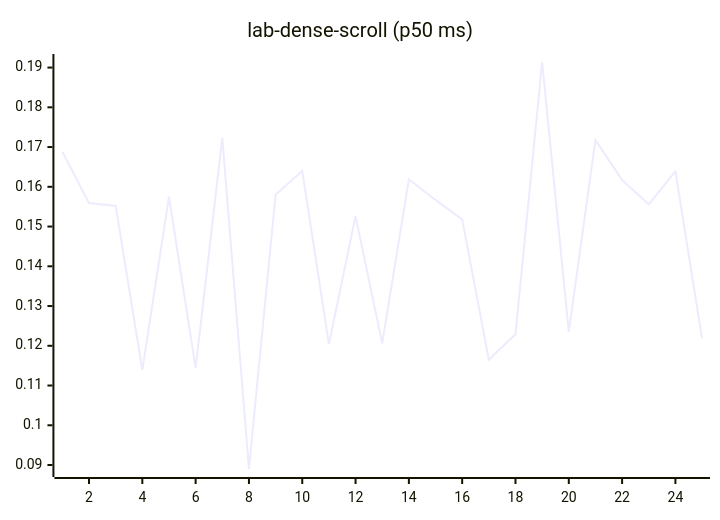
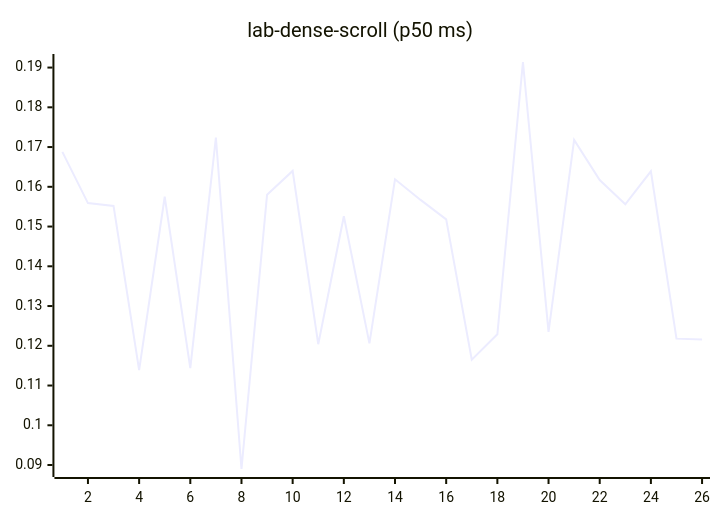
Diagram 12 of 27 in README.md (josha/Facet), drawn with Mermaid before and after one commit. The commit also changed other lines of this file and 2 other files, not shown here.

````diff
--- a/README.md
+++ b/README.md
@@ -140,6 +140,6 @@
 ```mermaid
 xychart-beta
     title "lab-dense-scroll (p50 ms)"
-    x-axis 1 --> 25
-    line [0.1688, 0.1559, 0.1552, 0.1139, 0.1575, 0.1144, 0.1724, 0.0890, 0.1580, 0.1640, 0.1204, 0.1526, 0.1206, 0.1619, 0.1567, 0.1518, 0.1165, 0.1229, 0.1914, 0.1235, 0.1718, 0.1617, 0.1556, 0.1639, 0.1218]
+    x-axis 1 --> 26
+    line [0.1688, 0.1559, 0.1552, 0.1139, 0.1575, 0.1144, 0.1724, 0.0890, 0.1580, 0.1640, 0.1204, 0.1526, 0.1206, 0.1619, 0.1567, 0.1518, 0.1165, 0.1229, 0.1914, 0.1235, 0.1718, 0.1617, 0.1556, 0.1639, 0.1218, 0.1216]
 ```
````
